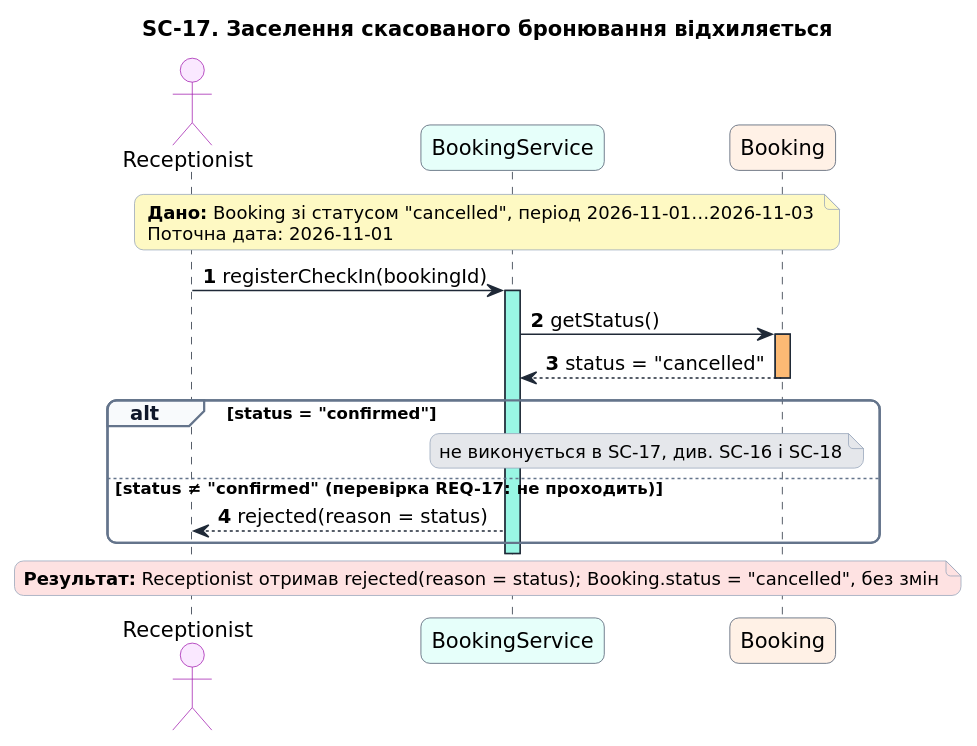
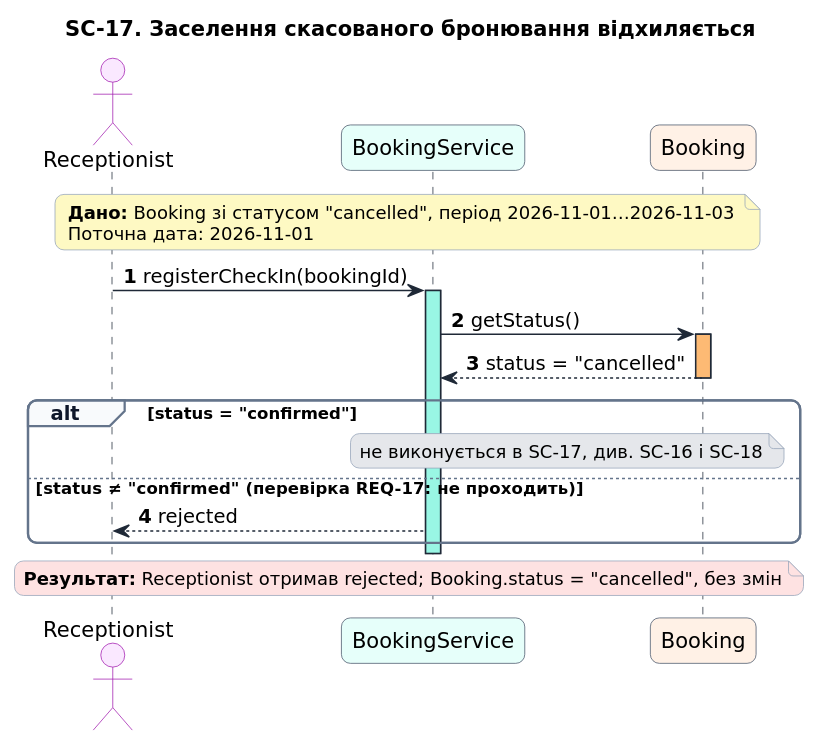
The diagram in Lab3/diagrams/sc-17.puml (MrhyveR/Hotel-reservation-system), drawn with PlantUML before and after one commit. The commit also changed 8 other files, not shown here.

Commit message:
add audit, criterion A7-A10, ai prompt, fixed: diagrams

```diff
--- a/Lab3/diagrams/sc-17.puml
+++ b/Lab3/diagrams/sc-17.puml
@@ -1,43 +1,43 @@
 @startuml sc-17
 title SC-17. Заселення скасованого бронювання відхиляється
 skinparam shadowing false
 skinparam defaultFontName DejaVu Sans
 skinparam roundCorner 12
 skinparam maxMessageSize 260
 skinparam ArrowColor #1F2937
 skinparam SequenceLifeLineBorderColor #1F2937
 skinparam SequenceGroupBorderColor #64748B
 skinparam SequenceGroupBackgroundColor #F8FAFC
 skinparam SequenceGroupHeaderFontColor #0F172A
 skinparam NoteBorderColor #94A3B8
 skinparam NoteFontSize 12
 skinparam ParticipantBorderColor #475569
 skinparam ActorBorderColor #A21CAF
 autonumber "<b>0"
 
 actor Receptionist #FAE8FF
 participant BookingService #E6FFFA
 participant Booking #FFF1E6
 
 note over Receptionist, Booking #FEF9C3
   **Дано:** Booking зі статусом "cancelled", період 2026-11-01…2026-11-03
   Поточна дата: 2026-11-01
 end note
 
 Receptionist -> BookingService : registerCheckIn(bookingId)
 activate BookingService #99F6E4
 BookingService -> Booking : getStatus()
 activate Booking #FDBA74
 Booking --> BookingService : status = "cancelled"
 deactivate Booking
 alt status = "confirmed"
   note over BookingService, Booking #E5E7EB : не виконується в SC-17, див. SC-16 і SC-18
 else status ≠ "confirmed"  (перевірка REQ-17: не проходить)
-  BookingService --> Receptionist : rejected(reason = status)
+  BookingService --> Receptionist : rejected
 end
 deactivate BookingService
 
 note over Receptionist, Booking #FEE2E2
-  **Результат:** Receptionist отримав rejected(reason = status); Booking.status = "cancelled", без змін
+  **Результат:** Receptionist отримав rejected; Booking.status = "cancelled", без змін
 end note
 @enduml
```
